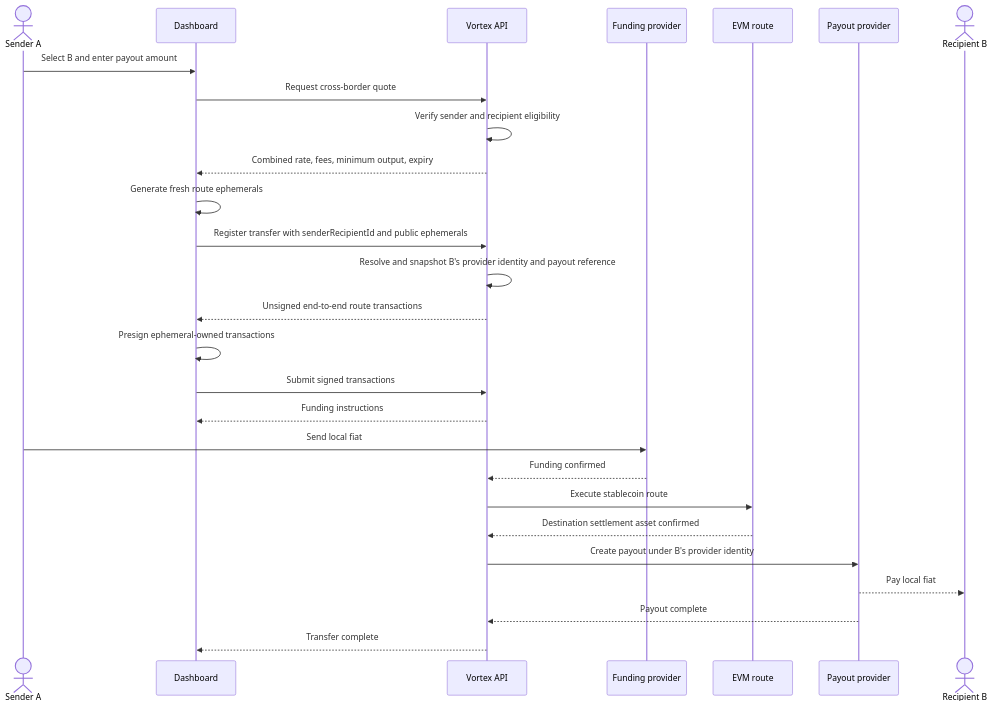
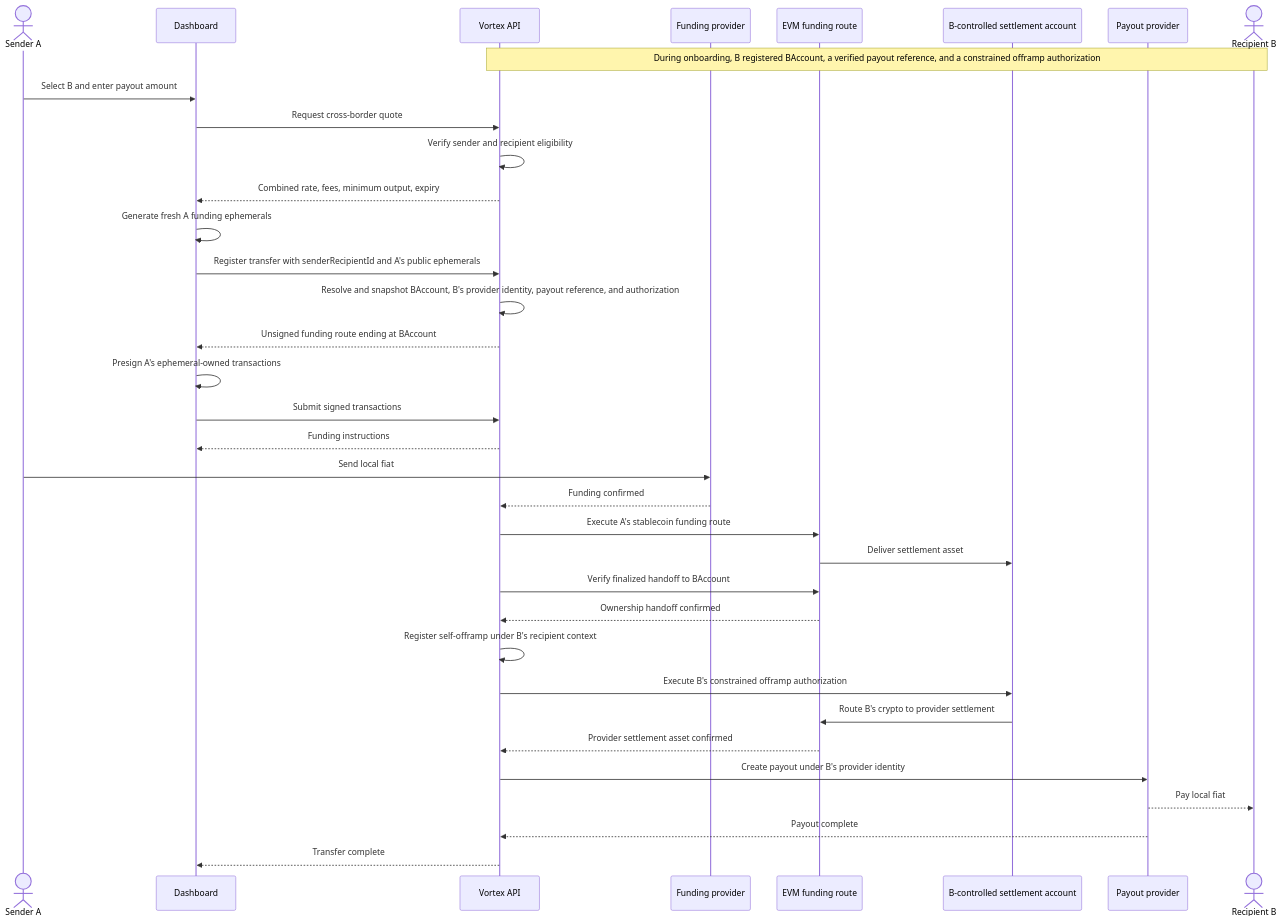
The first of 3 diagrams in docs/architecture/cross-border-payments-flow.md (pendulum-chain/vortex), drawn with Mermaid before and after one commit. The commit also changed other lines of this file, not shown here.

Commit message:
docs: correct Flow A recipient ownership

````diff
--- a/docs/architecture/cross-border-payments-flow.md
+++ b/docs/architecture/cross-border-payments-flow.md
@@ -147,32 +177,41 @@
 ```mermaid
 sequenceDiagram
     actor A as Sender A
     participant UI as Dashboard
     participant API as Vortex API
     participant In as Funding provider
-    participant Chain as EVM route
+    participant Chain as EVM funding route
+    participant BAccount as B-controlled settlement account
     participant Out as Payout provider
     actor B as Recipient B
+
+    Note over B,API: During onboarding, B registered BAccount, a verified payout reference, and a constrained offramp authorization
 
     A->>UI: Select B and enter payout amount
     UI->>API: Request cross-border quote
     API->>API: Verify sender and recipient eligibility
     API-->>UI: Combined rate, fees, minimum output, expiry
 
-    UI->>UI: Generate fresh route ephemerals
-    UI->>API: Register transfer with senderRecipientId and public ephemerals
-    API->>API: Resolve and snapshot B's provider identity and payout reference
-    API-->>UI: Unsigned end-to-end route transactions
-    UI->>UI: Presign ephemeral-owned transactions
+    UI->>UI: Generate fresh A funding ephemerals
+    UI->>API: Register transfer with senderRecipientId and A's public ephemerals
+    API->>API: Resolve and snapshot BAccount, B's provider identity, payout reference, and authorization
+    API-->>UI: Unsigned funding route ending at BAccount
+    UI->>UI: Presign A's ephemeral-owned transactions
     UI->>API: Submit signed transactions
     API-->>UI: Funding instructions
 
     A->>In: Send local fiat
     In-->>API: Funding confirmed
-    API->>Chain: Execute stablecoin route
-    Chain-->>API: Destination settlement asset confirmed
+    API->>Chain: Execute A's stablecoin funding route
+    Chain->>BAccount: Deliver settlement asset
+    API->>Chain: Verify finalized handoff to BAccount
+    Chain-->>API: Ownership handoff confirmed
+    API->>API: Register self-offramp under B's recipient context
+    API->>BAccount: Execute B's constrained offramp authorization
+    BAccount->>Chain: Route B's crypto to provider settlement
+    Chain-->>API: Provider settlement asset confirmed
     API->>Out: Create payout under B's provider identity
     Out-->>B: Pay local fiat
     Out-->>API: Payout complete
     API-->>UI: Transfer complete
 ```
````
